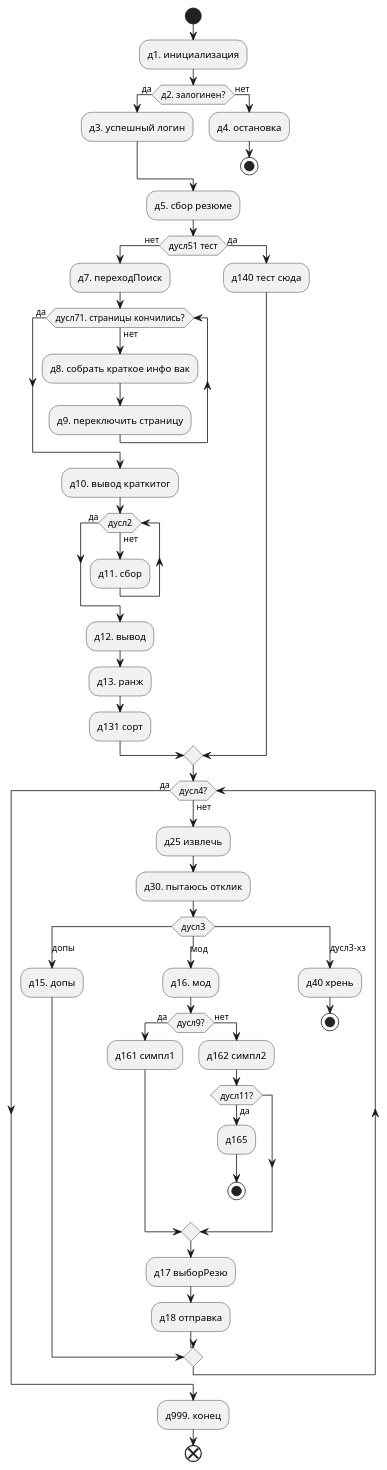
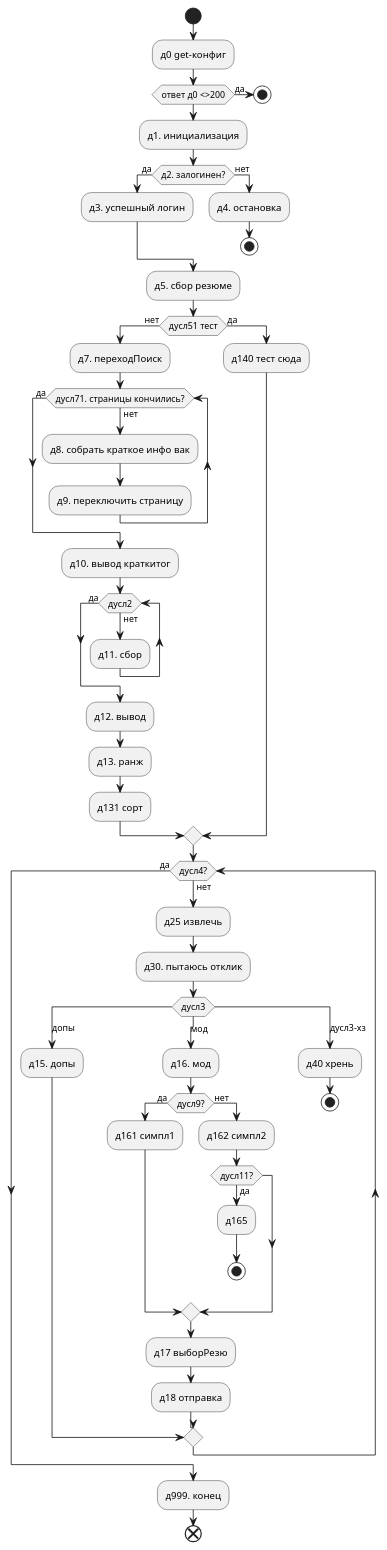
Before and after one commit to disuka/hh_auto_otklik: the diagram in ТЗ_HH_Auto_Extension_v2.md, drawn with PlantUML. The commit also changed other lines of this file and 2 other files, not shown here.

```diff
--- a/ТЗ_HH_Auto_Extension_v2.md
+++ b/ТЗ_HH_Auto_Extension_v2.md
@@ -408,54 +402,58 @@
 @startuml
 start
+:д0 get-конфиг;
+if (ответ д0 <>200) then (да)
+ stop
+endif
 :д1. инициализация;
 if (д2. залогинен?) then (да)
     :д3. успешный логин;
 else (нет)
     :д4. остановка;
     stop
 endif
 :д5. сбор резюме;
 if (дусл51 тест) then (нет)
     :д7. переходПоиск;
     while (дусл71. страницы кончились?) is (нет)
         :д8. собрать краткое инфо вак;
         :д9. переключить страницу;
     endwhile (да)
     :д10. вывод краткитог;
     while (дусл2) is (нет)
         :д11. сбор;
     endwhile (да)
     :д12. вывод;
     :д13. ранж;
     :д131 сорт;
 else (да)
     :д140 тест сюда;
 endif
 while (дусл4?) is (нет)
     :д25 извлечь;
     :д30. пытаюсь отклик;
     switch (дусл3)
     case (допы)
         :д15. допы;
         
     case (мод)
         :д16. мод;
         if (дусл9?) then (да)
             :д161 симпл1;
         else (нет)
             :д162 симпл2;
             if (дусл11?) then (да)
               :д165; 
               stop
              endif
         endif
         :д17 выборРезю;
         :д18 отправка;
     case (дусл3-хз)
         :д40 хрень;
         stop
     endswitch
 endwhile (да)
 :д999. конец;
 end
 @enduml
```
